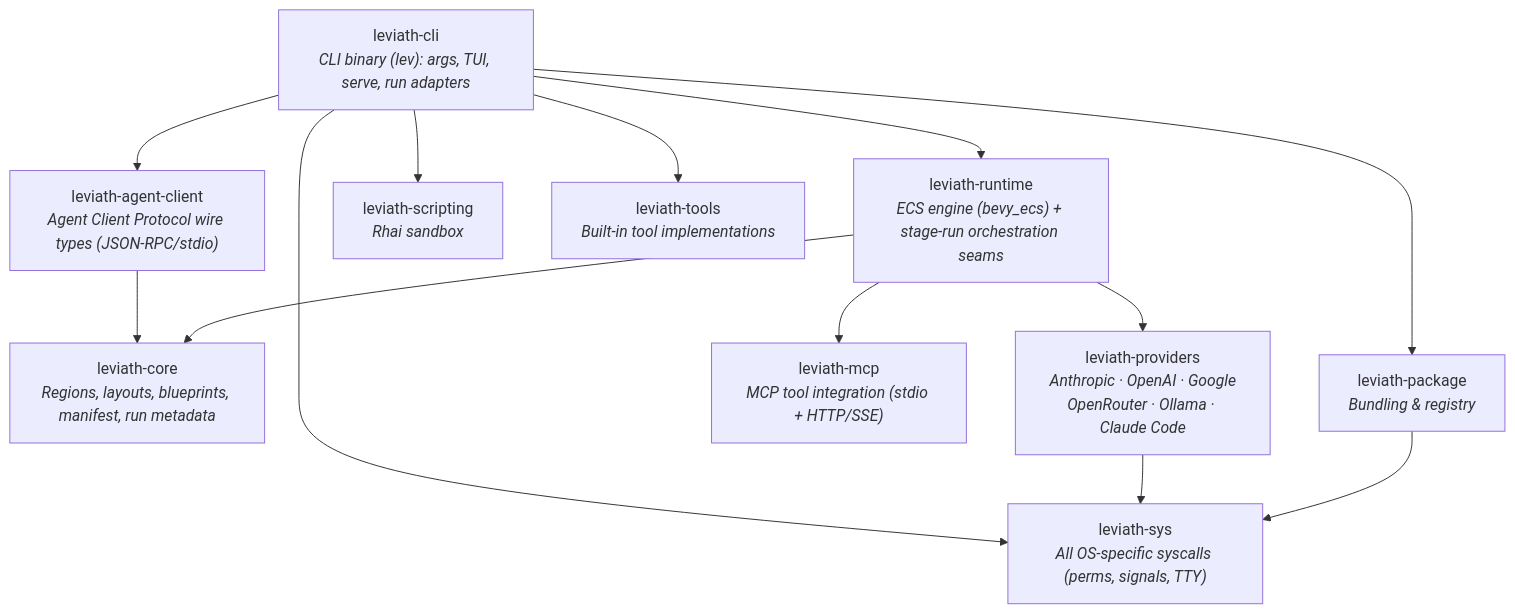
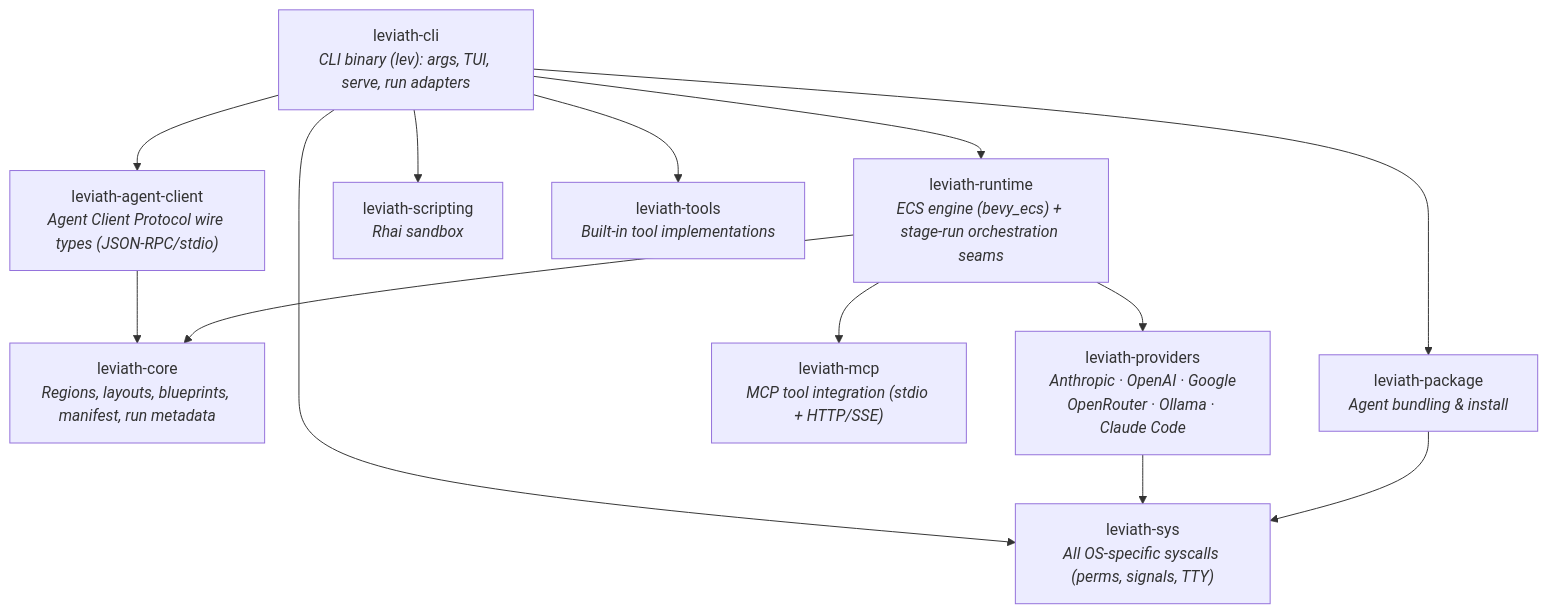
One commit to GEMISIS/leviath changed the diagram in README.md. Above: the diagram before and after it, drawn with Mermaid. The commit also changed other lines of this file and 1 other file, not shown here.

````diff
--- a/README.md
+++ b/README.md
@@ -518,26 +497,26 @@
 ```mermaid
 graph TD
     CLI["leviath-cli<br/><i>CLI binary (lev): args, TUI, serve, run adapters</i>"]
     RT["leviath-runtime<br/><i>ECS engine (bevy_ecs) + stage-run orchestration seams</i>"]
     CORE["leviath-core<br/><i>Regions, layouts, blueprints, manifest, run metadata</i>"]
     ACP["leviath-agent-client<br/><i>Agent Client Protocol wire types (JSON-RPC/stdio)</i>"]
     PROV["leviath-providers<br/><i>Anthropic · OpenAI · Google<br/>OpenRouter · Ollama · Claude Code</i>"]
     MCP["leviath-mcp<br/><i>MCP tool integration (stdio + HTTP/SSE)</i>"]
     SCRIPT["leviath-scripting<br/><i>Rhai sandbox</i>"]
-    PKG["leviath-package<br/><i>Bundling & registry</i>"]
+    PKG["leviath-package<br/><i>Agent bundling & install</i>"]
     TOOLS["leviath-tools<br/><i>Built-in tool implementations</i>"]
     SYS["leviath-sys<br/><i>All OS-specific syscalls (perms, signals, TTY)</i>"]
 
     CLI --> RT
     CLI --> ACP
     ACP --> CORE
     CLI --> SCRIPT
     CLI --> PKG
     CLI --> TOOLS
     CLI --> SYS
     RT --> CORE
     RT --> PROV
     RT --> MCP
     PROV --> SYS
     PKG --> SYS
 ```
````
